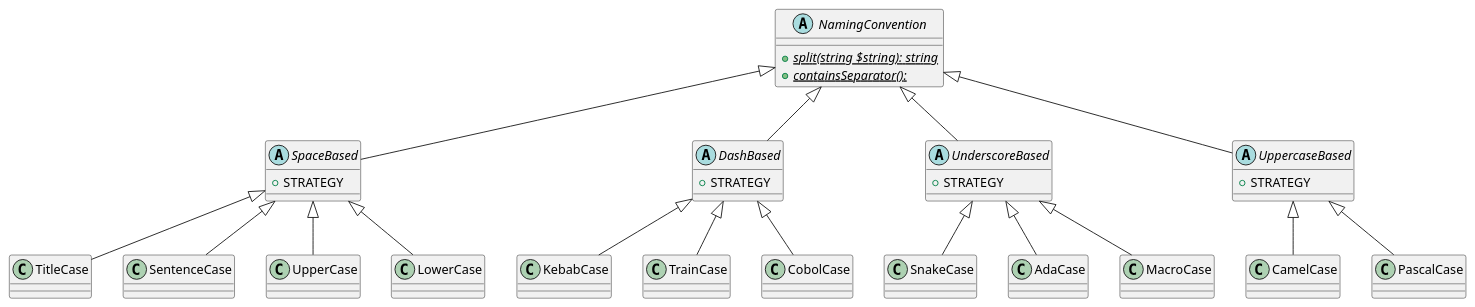
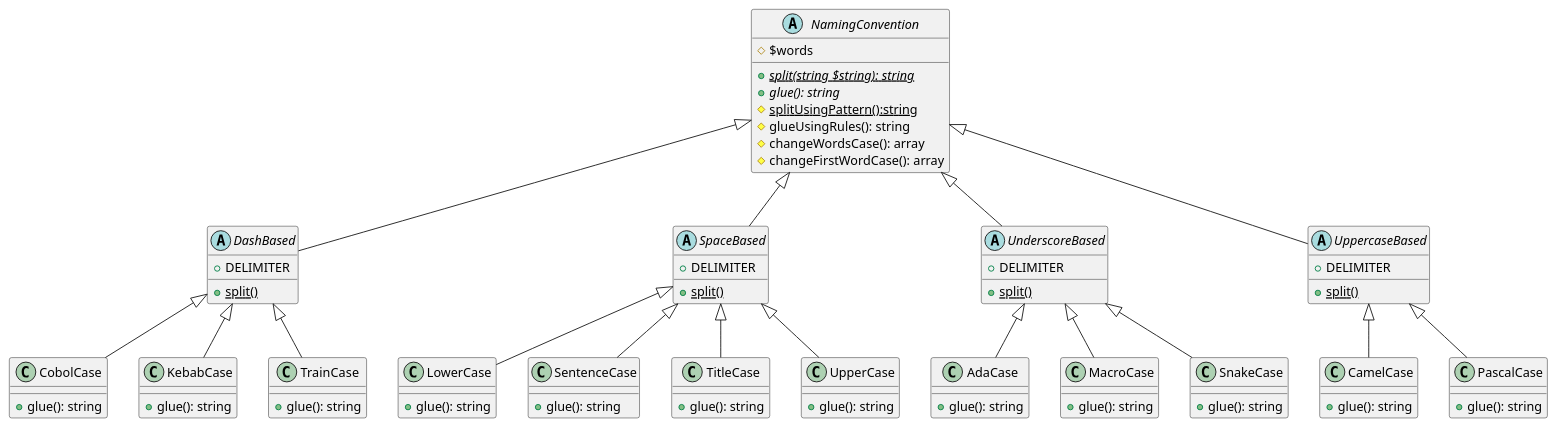
The diagram in docs/case-converter.puml (jawira/case-converter), drawn with PlantUML before and after one commit. The commit also changed 17 other files, not shown here.

```diff
--- a/docs/case-converter.puml
+++ b/docs/case-converter.puml
@@ -1,46 +1,98 @@
 @startuml
 
+DashBased <|-- CobolCase
+DashBased <|-- KebabCase
+DashBased <|-- TrainCase
+NamingConvention <|-- DashBased
 NamingConvention <|-- SpaceBased
-NamingConvention <|-- DashBased
 NamingConvention <|-- UnderscoreBased
 NamingConvention <|-- UppercaseBased
-
+SpaceBased <|-- LowerCase
+SpaceBased <|-- SentenceCase
 SpaceBased <|-- TitleCase
-SpaceBased <|-- SentenceCase
 SpaceBased <|-- UpperCase
-SpaceBased <|-- LowerCase
-
-DashBased <|-- KebabCase
-DashBased <|-- TrainCase
-DashBased <|-- CobolCase
-
-UnderscoreBased <|-- SnakeCase
 UnderscoreBased <|-- AdaCase
 UnderscoreBased <|-- MacroCase
-
+UnderscoreBased <|-- SnakeCase
 UppercaseBased <|-- CamelCase
 UppercaseBased <|-- PascalCase
 
 abstract class NamingConvention {
+    # $words
     {static} {abstract} + split(string $string): string
-    {static} {abstract} + containsSeparator():
+    {abstract} + glue(): string
+    {static}  # splitUsingPattern():string
+    # glueUsingRules(): string
+    # changeWordsCase(): array
+    # changeFirstWordCase(): array
 }
 
 abstract class DashBased {
-    + STRATEGY
+    + DELIMITER
+    {static} + split()
 }
 
 abstract class SpaceBased {
-    + STRATEGY
+    + DELIMITER
+    {static} + split()
 }
 
 abstract class UnderscoreBased {
-    + STRATEGY
+    + DELIMITER
+    {static} + split()
 }
 
 abstract class UppercaseBased {
-    + STRATEGY
+    + DELIMITER
+    {static} + split()
 }
 
+class SnakeCase {
+    + glue(): string
+}
+
+class CobolCase {
+    + glue(): string
+}
+
+class KebabCase {
+    + glue(): string
+}
+
+class TrainCase {
+    + glue(): string
+}
+
+class LowerCase {
+    + glue(): string
+}
+
+class SentenceCase {
+    + glue(): string
+}
+
+class UpperCase {
+    + glue(): string
+}
+
+class TitleCase {
+    + glue(): string
+}
+
+class AdaCase {
+    + glue(): string
+}
+
+class MacroCase {
+    + glue(): string
+}
+
+class CamelCase {
+    + glue(): string
+}
+
+class PascalCase {
+    + glue(): string
+}
 
 @enduml
```
